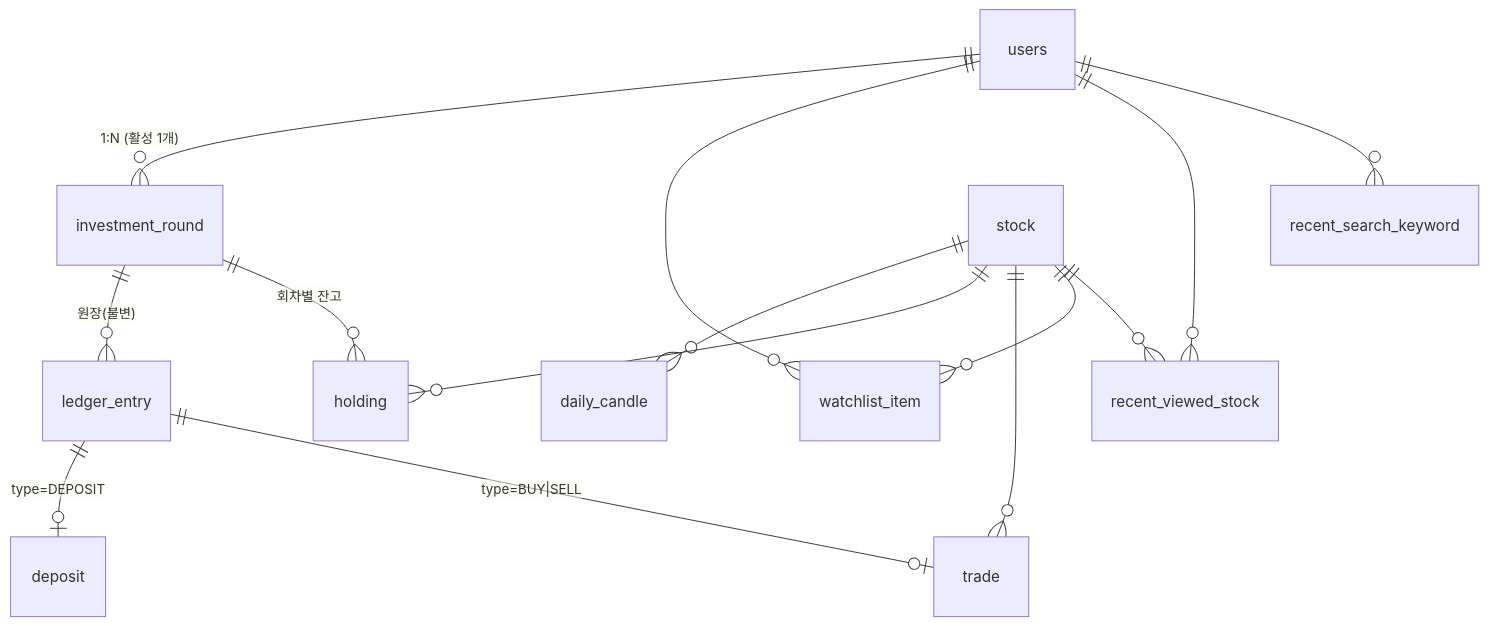
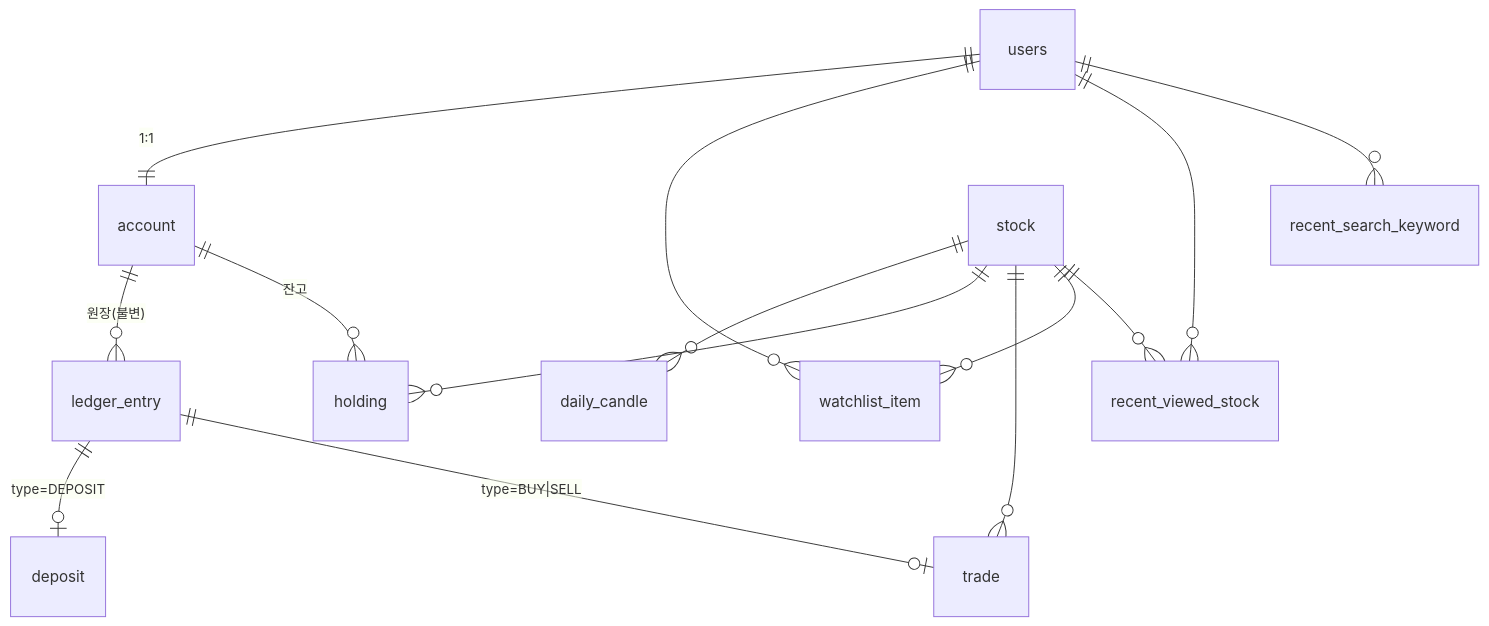
The diagram in docs/erd/erd.md (tpals0409/FINCH), drawn with Mermaid before and after one commit. The commit also changed other lines of this file and 2 other files, not shown here.

First line of the commit message:
docs: erd·apiSpec·featureSpec 에서 투자 회차·계좌 리셋 제거

````diff
--- a/docs/erd/erd.md
+++ b/docs/erd/erd.md
@@ -16,19 +20,19 @@
 ```mermaid
 erDiagram
-    users ||--o{ investment_round : "1:N (활성 1개)"
+    users ||--|| account : "1:1"
     users ||--o{ watchlist_item : ""
     users ||--o{ recent_viewed_stock : ""
     users ||--o{ recent_search_keyword : ""
 
-    investment_round ||--o{ ledger_entry : "원장(불변)"
-    investment_round ||--o{ holding : "회차별 잔고"
+    account ||--o{ ledger_entry : "원장(불변)"
+    account ||--o{ holding : "잔고"
 
     ledger_entry ||--o| deposit : "type=DEPOSIT"
     ledger_entry ||--o| trade : "type=BUY|SELL"
 
     stock ||--o{ daily_candle : ""
     stock ||--o{ holding : ""
     stock ||--o{ trade : ""
     stock ||--o{ watchlist_item : ""
     stock ||--o{ recent_viewed_stock : ""
 ```
````
